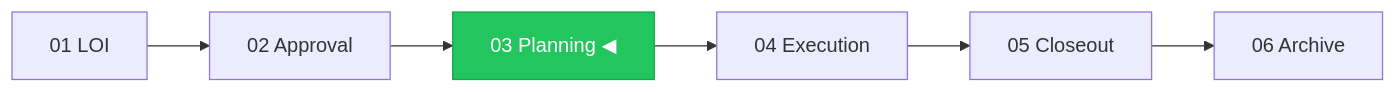
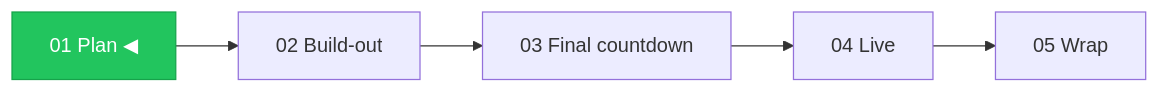
Before and after one commit to Atomic-47-Labs/project-state-chatgpt: the first of 2 diagrams in project-state/skills/project-scaffolder/SKILL.md, drawn with Mermaid. The commit also changed other lines of this file and 365 other files, not shown here.

````diff
--- a/project-state/skills/project-scaffolder/SKILL.md
+++ b/project-state/skills/project-scaffolder/SKILL.md
@@ -212,5 +275,5 @@
   ```mermaid
   graph LR
-    P1[01 LOI] --> P2[02 Approval] --> P3["03 Planning ◀"] --> P4[04 Execution] --> P5[05 Closeout] --> P6[06 Archive]
-    style P3 fill:#22c55e,color:#fff,stroke:#16a34a
+    P1["01 Plan ◀"] --> P2[02 Build-out] --> P3[03 Final countdown] --> P4[04 Live] --> P5[05 Wrap]
+    style P1 fill:#22c55e,color:#fff,stroke:#16a34a
   ```
````
